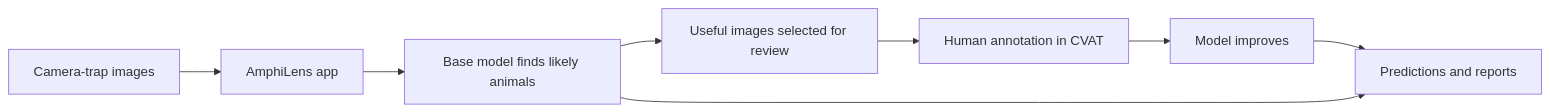
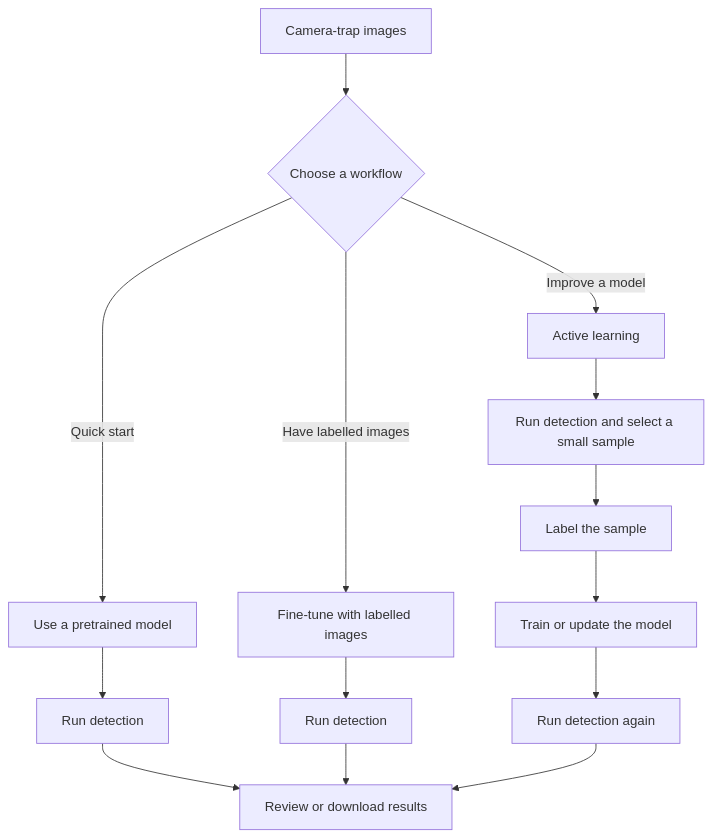
Before and after one commit to joshsalako/amphilens: the diagram in README.md, drawn with Mermaid. The commit also changed other lines of this file, not shown here.

Commit message:
docs: update AmphiLens README

````diff
--- a/README.md
+++ b/README.md
@@ -17,10 +8,16 @@
 ```mermaid
-flowchart LR
-    A[Camera-trap images] --> B[AmphiLens app]
-    B --> C[Base model finds likely animals]
-    C --> D[Useful images selected for review]
-    D --> E[Human annotation in CVAT]
-    E --> F[Model improves]
-    F --> G[Predictions and reports]
-    C --> G
+flowchart TD
+    A[Camera-trap images] --> B{Choose a workflow}
+    B -->|Quick start| C[Use a pretrained model]
+    C --> D[Run detection]
+    D --> E[Review or download results]
+    B -->|Have labelled images| F[Fine-tune with labelled images]
+    F --> G[Run detection]
+    G --> E
+    B -->|Improve a model| H[Active learning]
+    H --> I[Run detection and select a small sample]
+    I --> J[Label the sample]
+    J --> K[Train or update the model]
+    K --> L[Run detection again]
+    L --> E
 ```
````
